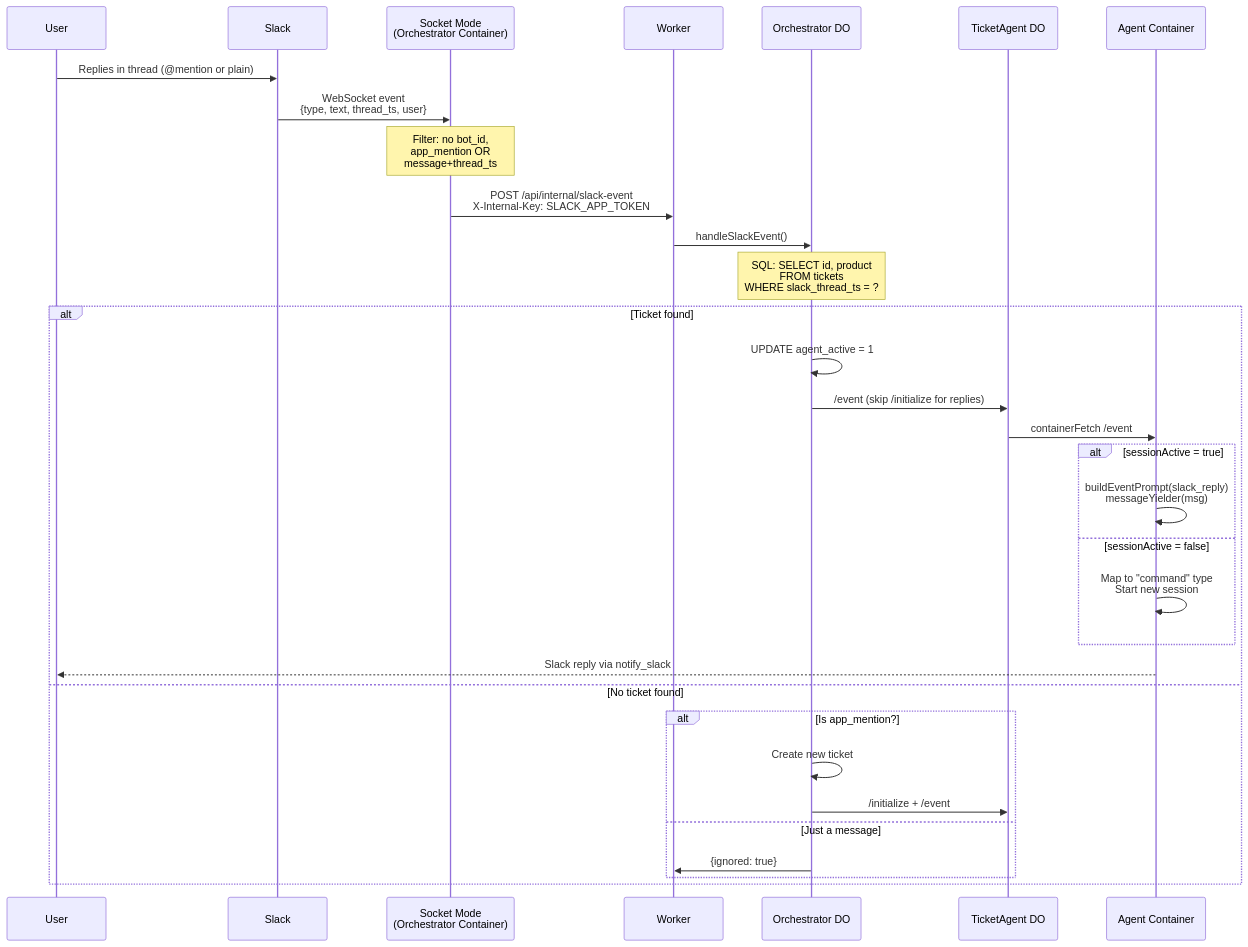
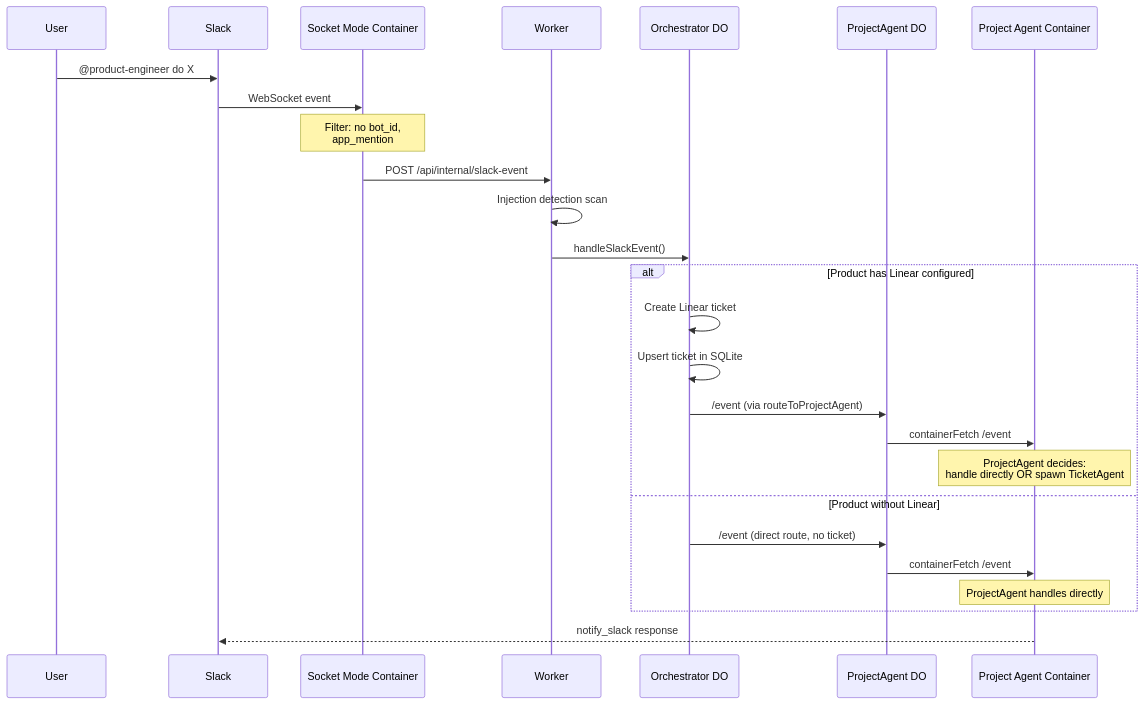
Before and after one commit to fryanpan/product-engineer: the fifth of 8 diagrams in docs/architecture/architecture.md, drawn with Mermaid. The commit also changed other lines of this file and 32 other files, not shown here.

First line of the commit message:
docs: add v3 architecture plans, design docs, and update references

````diff
--- a/docs/architecture/architecture.md
+++ b/docs/architecture/architecture.md
@@ -140,39 +341,33 @@
 ```mermaid
 sequenceDiagram
     participant User
     participant Slack
-    participant SM as Socket Mode<br/>(Orchestrator Container)
+    participant SM as Socket Mode Container
     participant W as Worker
     participant O as Orchestrator DO
-    participant TA as TicketAgent DO
-    participant AC as Agent Container
+    participant PA as ProjectAgent DO
+    participant PAC as Project Agent Container
 
-    User->>Slack: Replies in thread (@mention or plain)
-    Slack->>SM: WebSocket event<br/>{type, text, thread_ts, user}
+    User->>Slack: @product-engineer do X
+    Slack->>SM: WebSocket event
 
-    Note over SM: Filter: no bot_id,<br/>app_mention OR<br/>message+thread_ts
+    Note over SM: Filter: no bot_id,<br/>app_mention
 
-    SM->>W: POST /api/internal/slack-event<br/>X-Internal-Key: SLACK_APP_TOKEN
+    SM->>W: POST /api/internal/slack-event
+    W->>W: Injection detection scan
     W->>O: handleSlackEvent()
 
-    Note over O: SQL: SELECT id, product<br/>FROM tickets<br/>WHERE slack_thread_ts = ?
+    alt Product has Linear configured
+        O->>O: Create Linear ticket
+        O->>O: Upsert ticket in SQLite
+        O->>PA: /event (via routeToProjectAgent)
+        PA->>PAC: containerFetch /event
+        Note over PAC: ProjectAgent decides:<br/>handle directly OR spawn TicketAgent
+    else Product without Linear
+        O->>PA: /event (direct route, no ticket)
+        PA->>PAC: containerFetch /event
+        Note over PAC: ProjectAgent handles directly
+    end
 
-    alt Ticket found
-        O->>O: UPDATE agent_active = 1
-        O->>TA: /event (skip /initialize for replies)
-        TA->>AC: containerFetch /event
-        alt sessionActive = true
-            AC->>AC: buildEventPrompt(slack_reply)<br/>messageYielder(msg)
-        else sessionActive = false
-            AC->>AC: Map to "command" type<br/>Start new session
-        end
-        AC-->>User: Slack reply via notify_slack
-    else No ticket found
-        alt Is app_mention?
-            O->>O: Create new ticket
-            O->>TA: /initialize + /event
-        else Just a message
-            O->>W: {ignored: true}
-        end
-    end
+    PAC-->>Slack: notify_slack response
 ```
````
